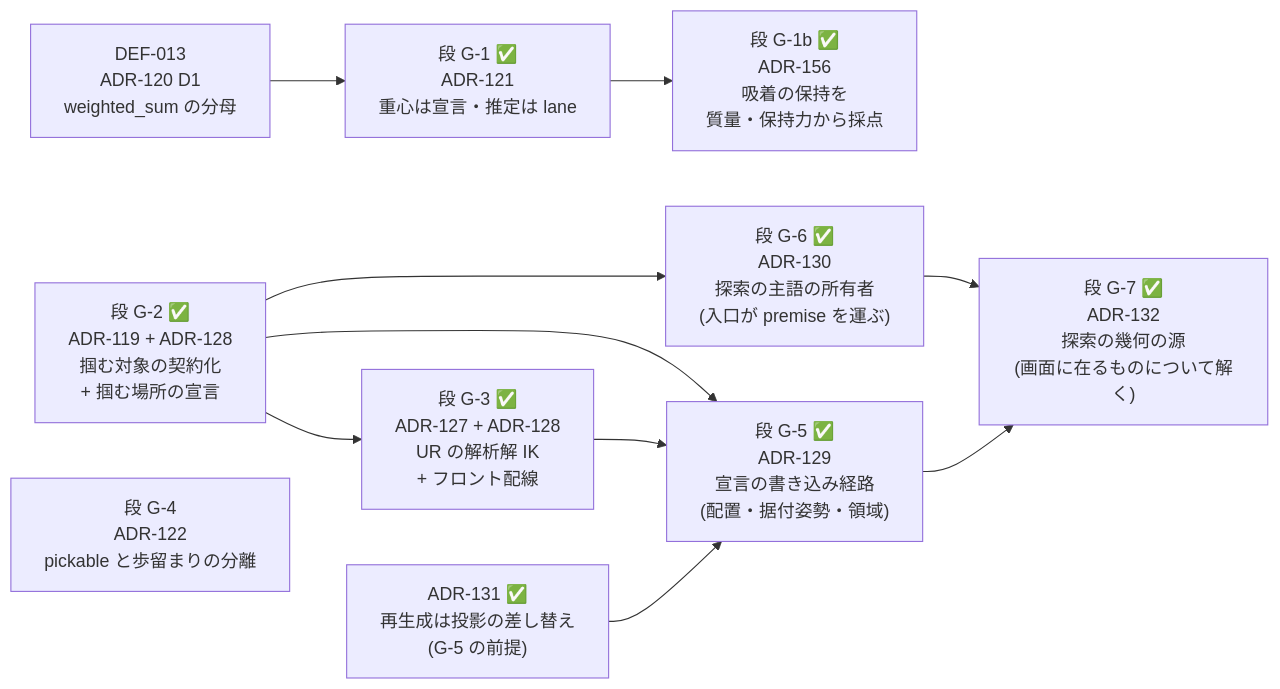
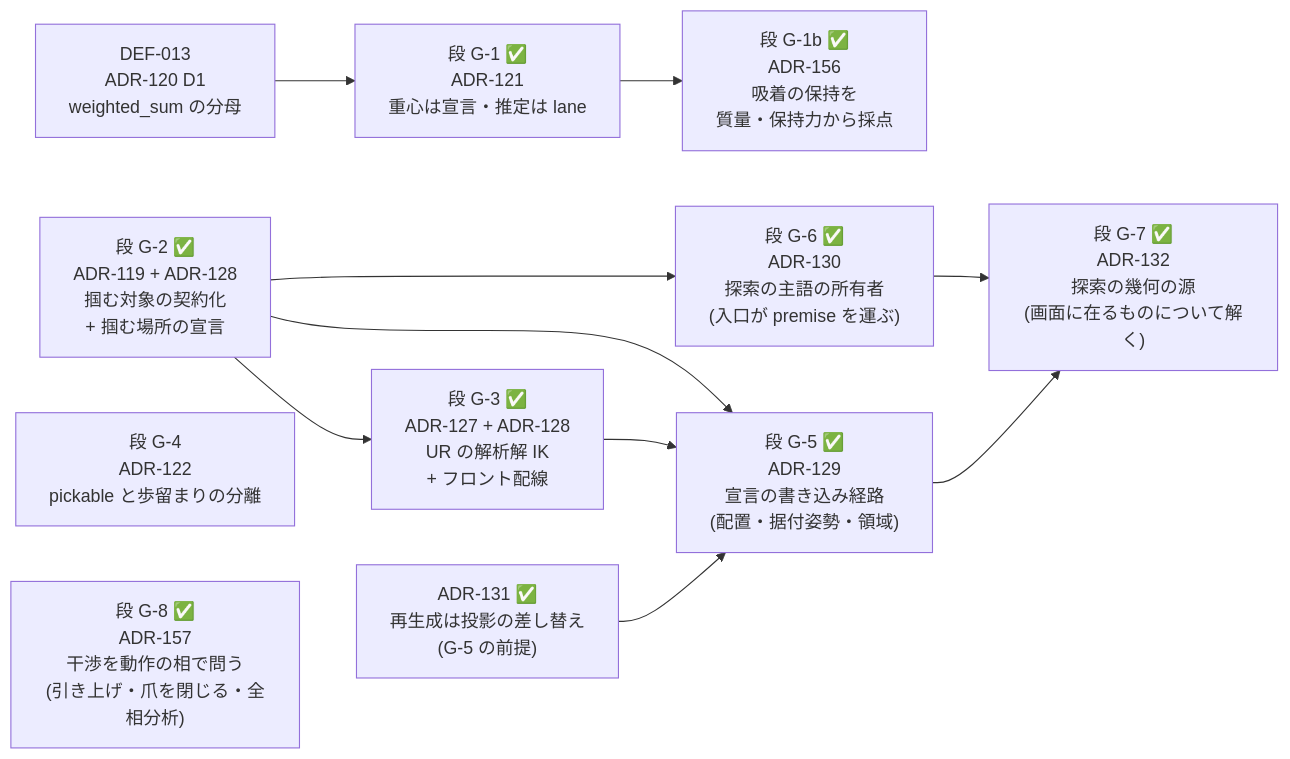
The diagram in docs/grasp/implementation-order.md (yuubae215/easy-extrude), drawn with Mermaid before and after one commit. The commit also changed other lines of this file and 59 other files, not shown here.

First line of the commit message:
feat(grasp): 干渉をピック動作の相で問う — 相ごとの判定・棄却の帰属・全相分析・引き上げの宣言 (ADR-157)

````diff
--- a/docs/grasp/implementation-order.md
+++ b/docs/grasp/implementation-order.md
@@ -27,20 +27,21 @@
 ```mermaid
 graph LR
   D13["DEF-013<br/>ADR-120 D1<br/>weighted_sum の分母"] --> S1
   S1["段 G-1 ✅<br/>ADR-121<br/>重心は宣言・推定は lane"]
   S1 --> S1B
   S1B["段 G-1b ✅<br/>ADR-156<br/>吸着の保持を<br/>質量・保持力から採点"]
   S2["段 G-2 ✅<br/>ADR-119 + ADR-128<br/>掴む対象の契約化<br/>+ 掴む場所の宣言"]
   S3["段 G-4<br/>ADR-122<br/>pickable と歩留まりの分離"]
   S2 --> S4
   S4["段 G-3 ✅<br/>ADR-127 + ADR-128<br/>UR の解析解 IK<br/>+ フロント配線"]
   S2 --> S5
   S4 --> S5
   S5["段 G-5 ✅<br/>ADR-129<br/>宣言の書き込み経路<br/>(配置・据付姿勢・領域)"]
   S2 --> S6
   S5P["ADR-131 ✅<br/>再生成は投影の差し替え<br/>(G-5 の前提)"] --> S5
   S6["段 G-6 ✅<br/>ADR-130<br/>探索の主語の所有者<br/>(入口が premise を運ぶ)"]
   S6 --> S7
   S5 --> S7
   S7["段 G-7 ✅<br/>ADR-132<br/>探索の幾何の源<br/>(画面に在るものについて解く)"]
+  S8["段 G-8 ✅<br/>ADR-157<br/>干渉を動作の相で問う<br/>(引き上げ・爪を閉じる・全相分析)"]
 ```
````
